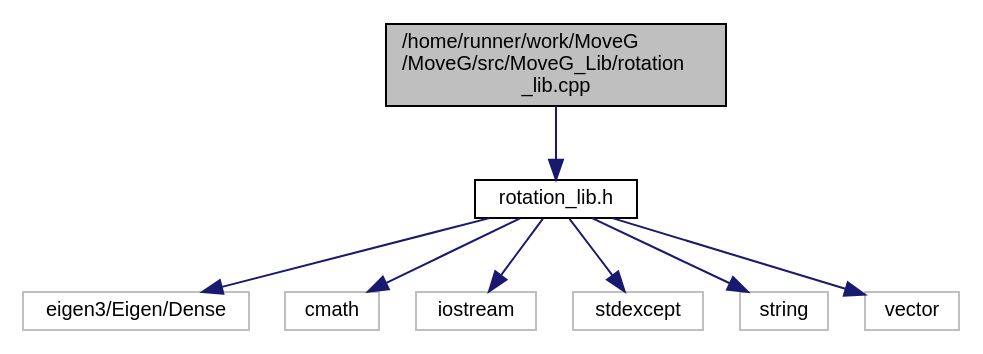
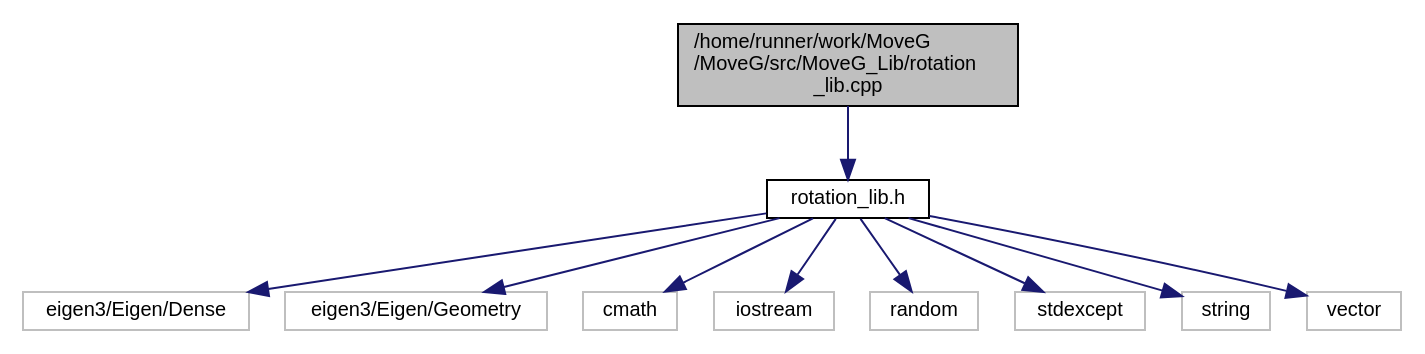
Before and after one commit to GiorgioMedico/MoveG: the diagram in rotation__lib_8cpp__incl.dot, drawn with Graphviz. The commit also changed 69 other files, not shown here.

```diff
--- a/rotation__lib_8cpp__incl.dot
+++ b/rotation__lib_8cpp__incl.dot
@@ -1,21 +1,25 @@
 digraph "/home/runner/work/MoveG/MoveG/src/MoveG_Lib/rotation_lib.cpp"
 {
  // LATEX_PDF_SIZE
   edge [fontname="Helvetica",fontsize="10",labelfontname="Helvetica",labelfontsize="10"];
   node [fontname="Helvetica",fontsize="10",shape=record];
   Node1 [label="/home/runner/work/MoveG\l/MoveG/src/MoveG_Lib/rotation\l_lib.cpp",height=0.2,width=0.4,color="black", fillcolor="grey75", style="filled", fontcolor="black",tooltip=" "];
   Node1 -> Node2 [color="midnightblue",fontsize="10",style="solid",fontname="Helvetica"];
   Node2 [label="rotation_lib.h",height=0.2,width=0.4,color="black", fillcolor="white", style="filled",URL="$rotation__lib_8h.html",tooltip=" "];
   Node2 -> Node3 [color="midnightblue",fontsize="10",style="solid",fontname="Helvetica"];
   Node3 [label="eigen3/Eigen/Dense",height=0.2,width=0.4,color="grey75", fillcolor="white", style="filled",tooltip=" "];
   Node2 -> Node4 [color="midnightblue",fontsize="10",style="solid",fontname="Helvetica"];
-  Node4 [label="cmath",height=0.2,width=0.4,color="grey75", fillcolor="white", style="filled",tooltip=" "];
+  Node4 [label="eigen3/Eigen/Geometry",height=0.2,width=0.4,color="grey75", fillcolor="white", style="filled",tooltip=" "];
   Node2 -> Node5 [color="midnightblue",fontsize="10",style="solid",fontname="Helvetica"];
-  Node5 [label="iostream",height=0.2,width=0.4,color="grey75", fillcolor="white", style="filled",tooltip=" "];
+  Node5 [label="cmath",height=0.2,width=0.4,color="grey75", fillcolor="white", style="filled",tooltip=" "];
   Node2 -> Node6 [color="midnightblue",fontsize="10",style="solid",fontname="Helvetica"];
-  Node6 [label="stdexcept",height=0.2,width=0.4,color="grey75", fillcolor="white", style="filled",tooltip=" "];
+  Node6 [label="iostream",height=0.2,width=0.4,color="grey75", fillcolor="white", style="filled",tooltip=" "];
   Node2 -> Node7 [color="midnightblue",fontsize="10",style="solid",fontname="Helvetica"];
-  Node7 [label="string",height=0.2,width=0.4,color="grey75", fillcolor="white", style="filled",tooltip=" "];
+  Node7 [label="random",height=0.2,width=0.4,color="grey75", fillcolor="white", style="filled",tooltip=" "];
   Node2 -> Node8 [color="midnightblue",fontsize="10",style="solid",fontname="Helvetica"];
-  Node8 [label="vector",height=0.2,width=0.4,color="grey75", fillcolor="white", style="filled",tooltip=" "];
+  Node8 [label="stdexcept",height=0.2,width=0.4,color="grey75", fillcolor="white", style="filled",tooltip=" "];
+  Node2 -> Node9 [color="midnightblue",fontsize="10",style="solid",fontname="Helvetica"];
+  Node9 [label="string",height=0.2,width=0.4,color="grey75", fillcolor="white", style="filled",tooltip=" "];
+  Node2 -> Node10 [color="midnightblue",fontsize="10",style="solid",fontname="Helvetica"];
+  Node10 [label="vector",height=0.2,width=0.4,color="grey75", fillcolor="white", style="filled",tooltip=" "];
 }
```
